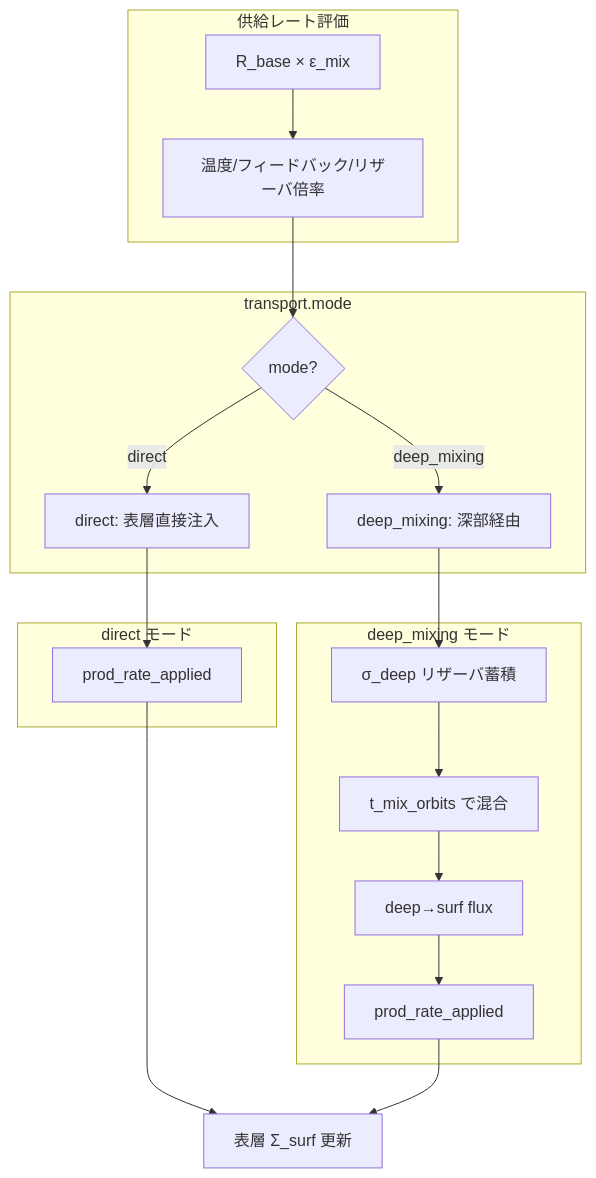
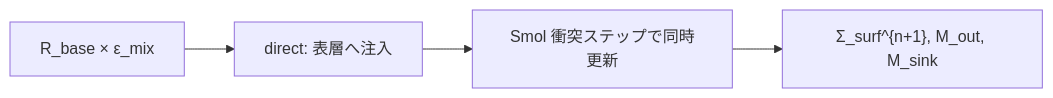
Before and after one commit to Einfeld686/MarsDiskSimulation: the seventh of 9 diagrams in analysis/physics_flow.md, drawn with Mermaid. The commit also changed other lines of this file and 3 other files, not shown here.

Commit message:
Refocus physics flow docs on run_sweep 1D Smol path

````diff
--- a/analysis/physics_flow.md
+++ b/analysis/physics_flow.md
@@ -303,30 +266,6 @@
 ```mermaid
-flowchart TB
-    subgraph INPUT["供給レート評価"]
-        A["R_base × ε_mix"]
-        B["温度/フィードバック/リザーバ倍率"]
-    end
-    
-    subgraph TRANSPORT["transport.mode"]
-        C{"mode?"}
-        D["direct: 表層直接注入"]
-        E["deep_mixing: 深部経由"]
-    end
-    
-    subgraph DIRECT["direct モード"]
-        D1["prod_rate_applied"]
-    end
-    
-    subgraph DEEP["deep_mixing モード"]
-        E1["σ_deep リザーバ蓄積"]
-        E2["t_mix_orbits で混合"]
-        E3["deep→surf flux"]
-        E4["prod_rate_applied"]
-    end
-    
-    A --> B --> C
-    C -->|"direct"| D --> D1
-    C -->|"deep_mixing"| E --> E1 --> E2 --> E3 --> E4
-    D1 --> F["表層 Σ_surf 更新"]
-    E4 --> F
+flowchart LR
+    A["R_base × ε_mix"] --> B["direct: 表層へ注入"]
+    B --> C["Smol 衝突ステップで同時更新"]
+    C --> D["Σ_surf^{n+1}, M_out, M_sink"]
 ```
````
